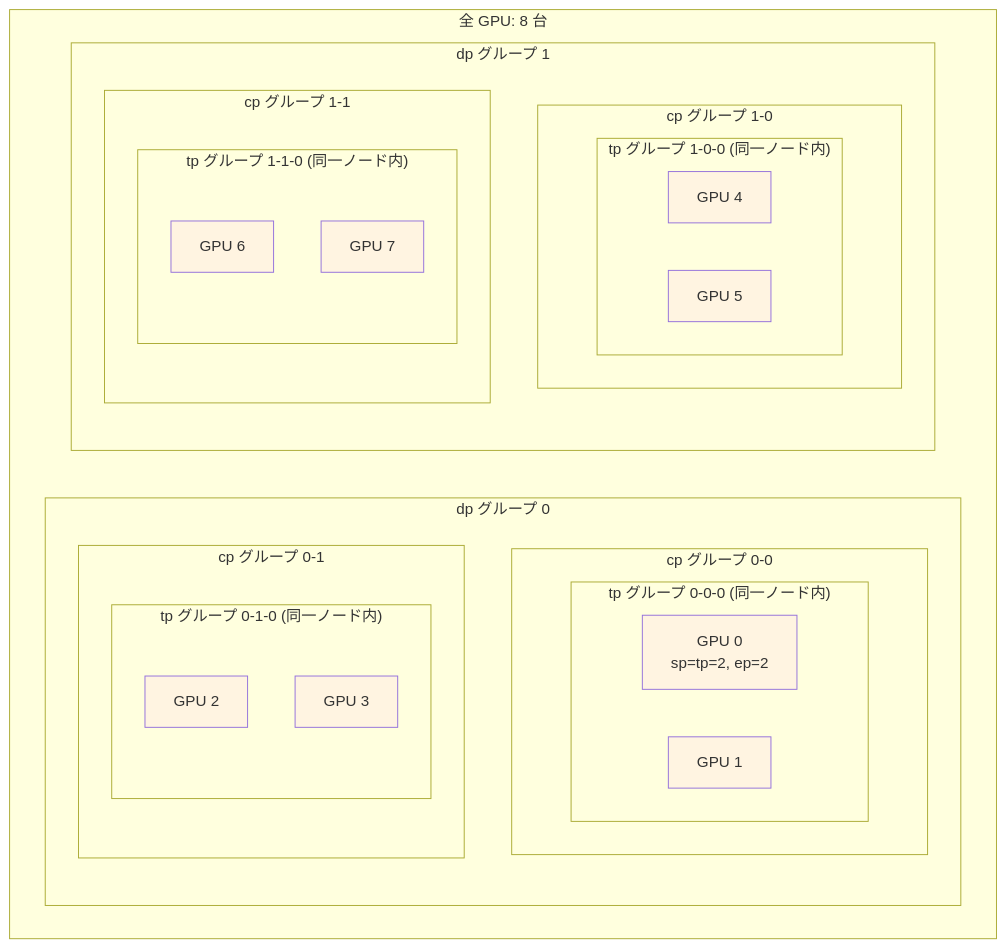
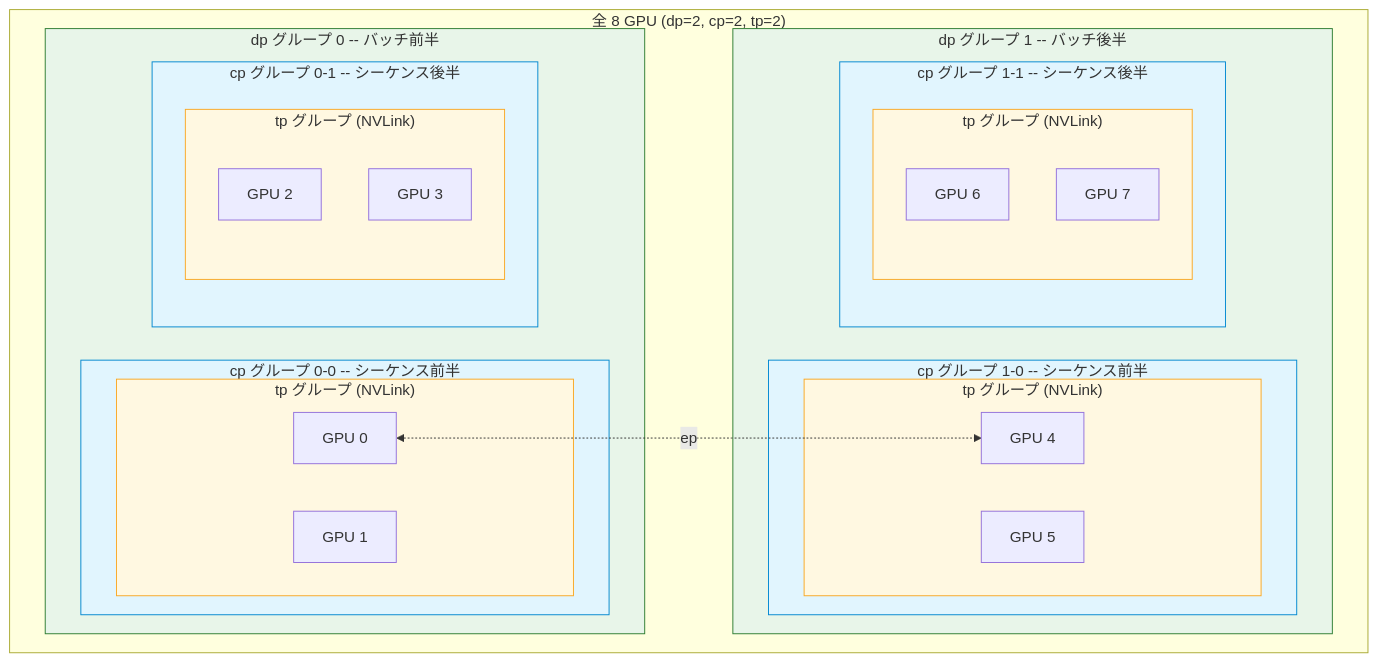
Before and after one commit to littlemex/zenn: the eighth of 8 diagrams in books/ml-distributed-experiment-collection/transformer-distributed-parallelism.md, drawn with Mermaid. The commit also changed other lines of this file and 1 other file, not shown here.

````diff
--- a/books/ml-distributed-experiment-collection/transformer-distributed-parallelism.md
+++ b/books/ml-distributed-experiment-collection/transformer-distributed-parallelism.md
@@ -629,43 +587,47 @@
 ```mermaid
 graph TB
-    subgraph "全 GPU: 8 台"
-        subgraph "dp グループ 0"
-            subgraph "cp グループ 0-0"
-                subgraph "tp グループ 0-0-0 (同一ノード内)"
-                    GPU0["GPU 0<br/>sp=tp=2, ep=2"]
+    subgraph all ["全 8 GPU (dp=2, cp=2, tp=2)"]
+        subgraph dp0 ["dp グループ 0 -- バッチ前半"]
+            subgraph cp00 ["cp グループ 0-0 -- シーケンス前半"]
+                subgraph tp000 ["tp グループ (NVLink)"]
+                    GPU0["GPU 0"]
                     GPU1["GPU 1"]
                 end
             end
-            subgraph "cp グループ 0-1"
-                subgraph "tp グループ 0-1-0 (同一ノード内)"
+            subgraph cp01 ["cp グループ 0-1 -- シーケンス後半"]
+                subgraph tp010 ["tp グループ (NVLink)"]
                     GPU2["GPU 2"]
                     GPU3["GPU 3"]
                 end
             end
         end
 
-        subgraph "dp グループ 1"
-            subgraph "cp グループ 1-0"
-                subgraph "tp グループ 1-0-0 (同一ノード内)"
+        subgraph dp1 ["dp グループ 1 -- バッチ後半"]
+            subgraph cp10 ["cp グループ 1-0 -- シーケンス前半"]
+                subgraph tp100 ["tp グループ (NVLink)"]
                     GPU4["GPU 4"]
                     GPU5["GPU 5"]
                 end
             end
-            subgraph "cp グループ 1-1"
-                subgraph "tp グループ 1-1-0 (同一ノード内)"
+            subgraph cp11 ["cp グループ 1-1 -- シーケンス後半"]
+                subgraph tp110 ["tp グループ (NVLink)"]
                     GPU6["GPU 6"]
                     GPU7["GPU 7"]
                 end
             end
         end
     end
 
-    style GPU0 fill: #fff4e1
-    style GPU1 fill: #fff4e1
-    style GPU2 fill: #fff4e1
-    style GPU3 fill: #fff4e1
-    style GPU4 fill: #fff4e1
-    style GPU5 fill: #fff4e1
-    style GPU6 fill: #fff4e1
-    style GPU7 fill: #fff4e1
+    GPU0 <-.->|"ep"| GPU4
+
+    style dp0 fill: #e8f5e9,stroke: #2e7d32
+    style dp1 fill: #e8f5e9,stroke: #2e7d32
+    style cp00 fill: #e1f5fe,stroke: #0288d1
+    style cp01 fill: #e1f5fe,stroke: #0288d1
+    style cp10 fill: #e1f5fe,stroke: #0288d1
+    style cp11 fill: #e1f5fe,stroke: #0288d1
+    style tp000 fill: #fff8e1,stroke: #f9a825
+    style tp010 fill: #fff8e1,stroke: #f9a825
+    style tp100 fill: #fff8e1,stroke: #f9a825
+    style tp110 fill: #fff8e1,stroke: #f9a825
 ```
````
